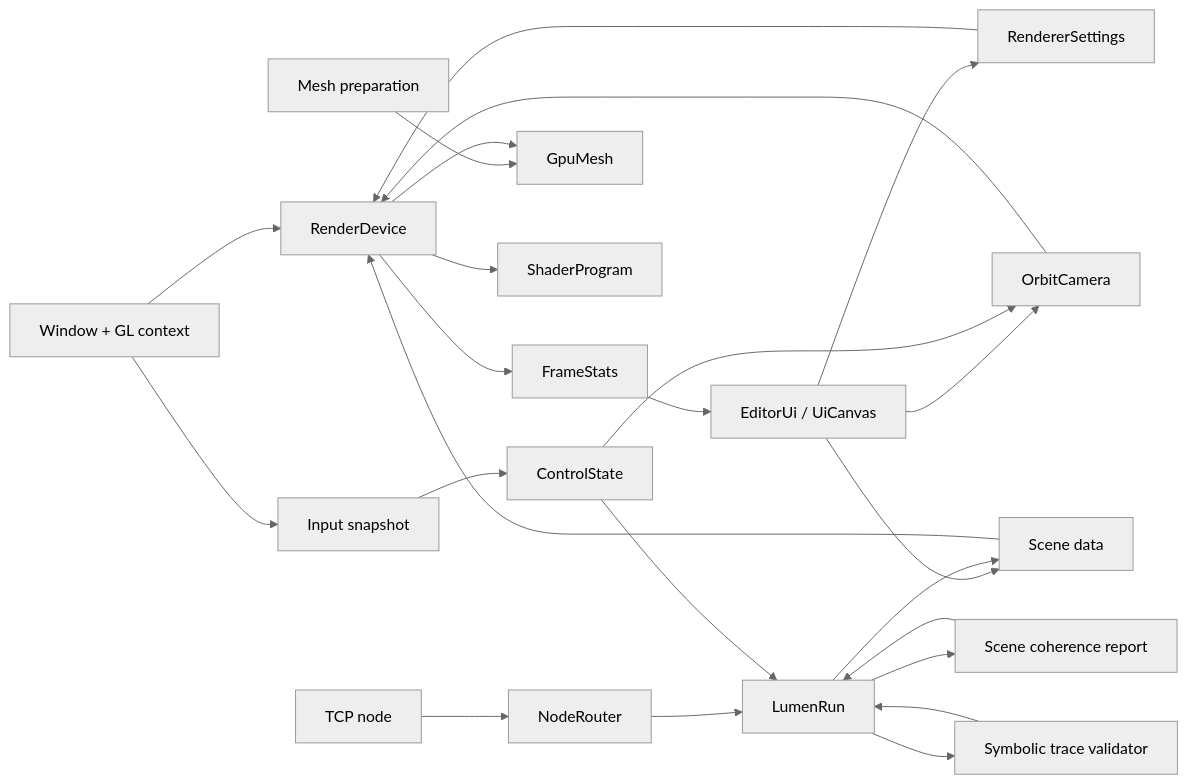
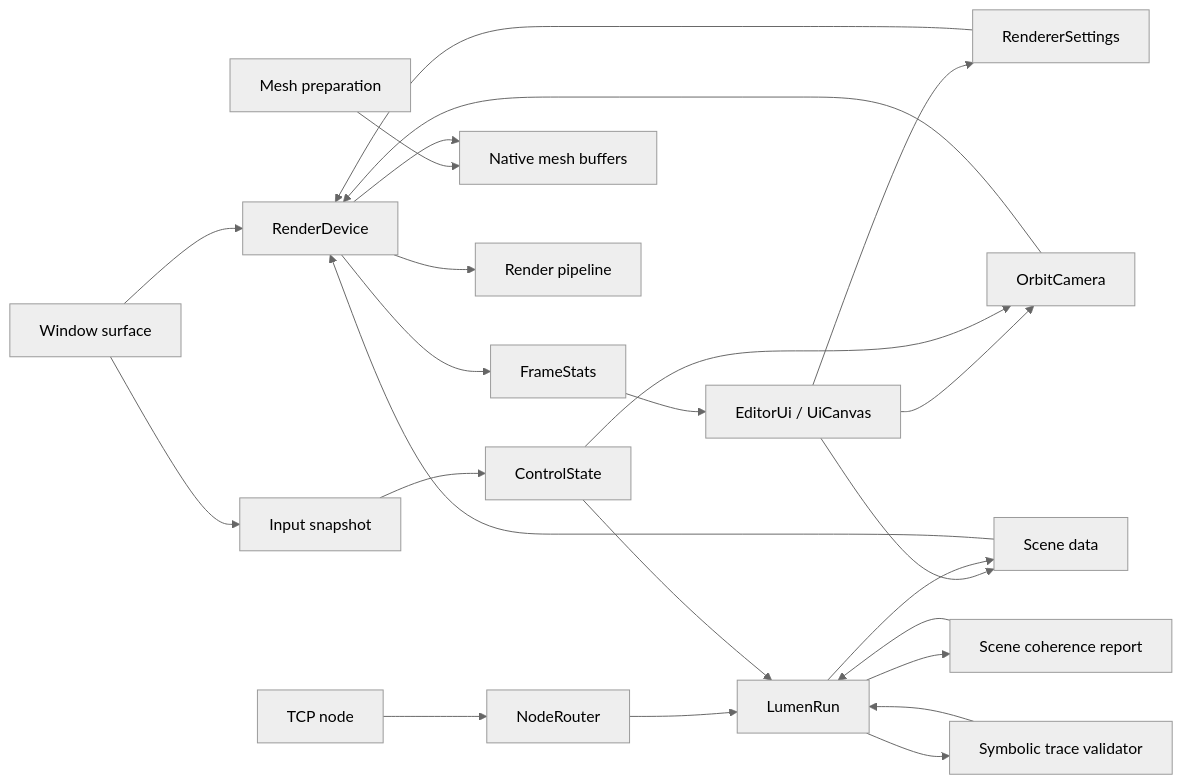
Before and after one commit to farukalpay/Aster-Learning-Engine: the diagram in docs/ARCHITECTURE.md, drawn with Mermaid (neutral theme). The commit also changed other lines of this file and 100 other files, not shown here.

````diff
--- a/docs/ARCHITECTURE.md
+++ b/docs/ARCHITECTURE.md
@@ -60,26 +60,26 @@
 ```mermaid
 flowchart LR
-  Window["Window + GL context"] --> Device["RenderDevice"]
+  Window["Window surface"] --> Device["RenderDevice"]
   Window --> Input["Input snapshot"]
   Input --> Actions["ControlState"]
   Network["TCP node"] --> Router["NodeRouter"]
   Router --> Game
   Asset["Mesh preparation"] --> Meshes
   Scene["Scene data"] --> Device
   Coherence["Scene coherence report"] --> Game
   Trace["Symbolic trace validator"] --> Game
   Game --> Coherence
   Game --> Trace
   Camera["OrbitCamera"] --> Device
-  Device --> Shader["ShaderProgram"]
-  Device --> Meshes["GpuMesh"]
+  Device --> Pipeline["Render pipeline"]
+  Device --> Meshes["Native mesh buffers"]
   Device --> Frame["FrameStats"]
   Frame --> UI["EditorUi / UiCanvas"]
   UI --> Scene
   UI --> Camera
   UI --> Settings["RendererSettings"]
   Settings --> Device
   Actions --> Camera
   Actions --> Game["LumenRun"]
   Game --> Scene
 ```
````
